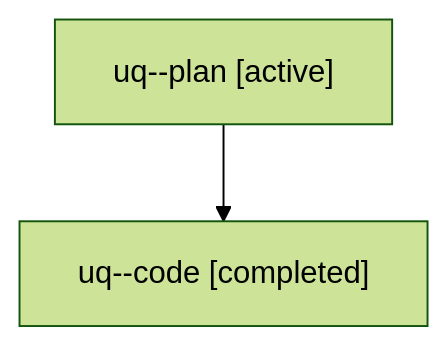
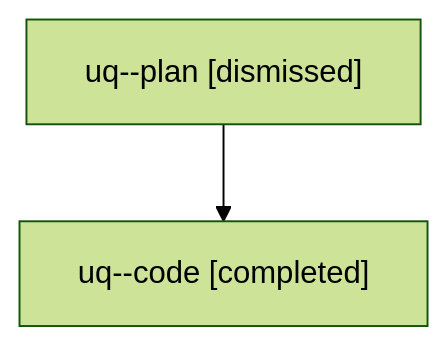
Before and after one commit to bobs-org/bob-cli--agents: the diagram in sessions/bbugyi200.athena.uq.md, drawn with Mermaid (forest theme). The commit also changed other lines of this file and 40 other files, not shown here.

````diff
--- a/sessions/bbugyi200.athena.uq.md
+++ b/sessions/bbugyi200.athena.uq.md
@@ -9,6 +9,6 @@
 ```mermaid
 flowchart TD
-  n0["uq--plan [active]"]
+  n0["uq--plan [dismissed]"]
   n1["uq--code [completed]"]
   n0 --> n1
 ```
````
